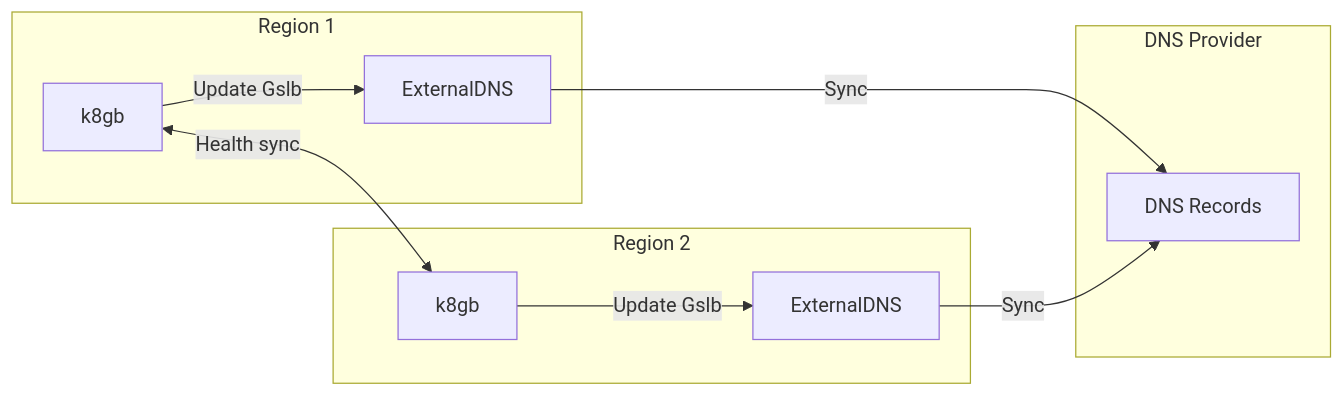
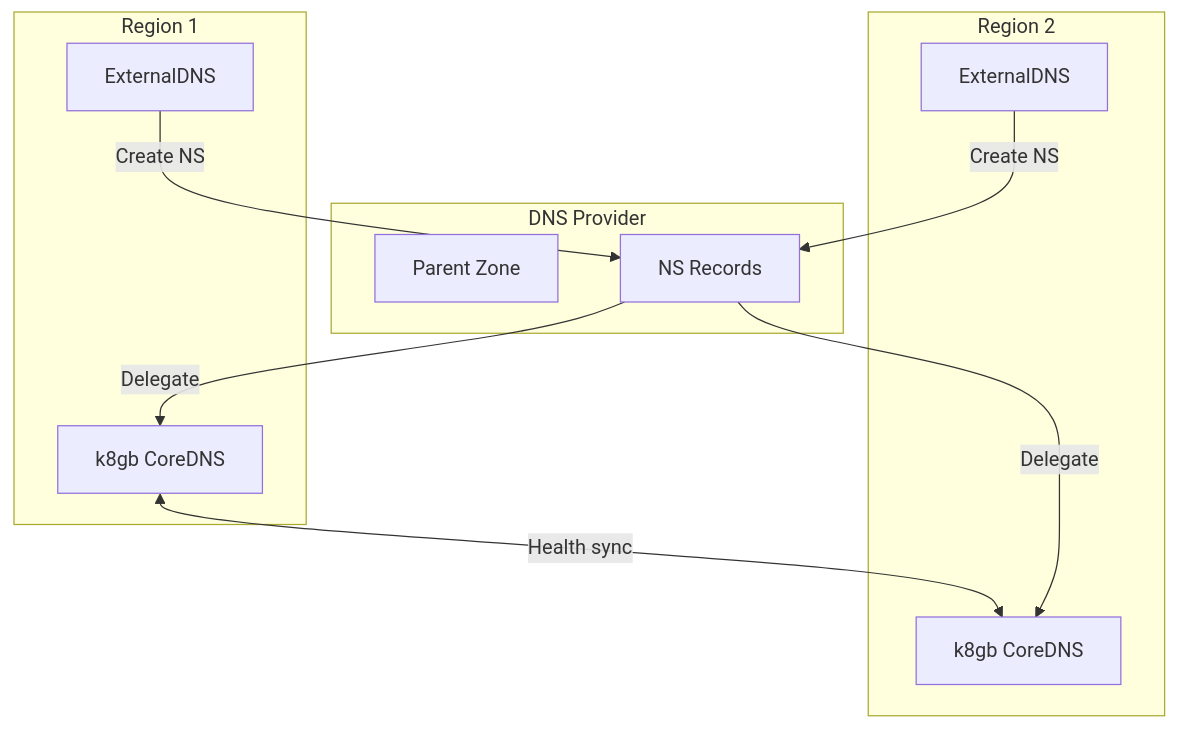
The second of 2 diagrams in docs/ADR-EXTERNAL-DNS.md (openova-io/external-dns), drawn with Mermaid before and after one commit. The commit also changed other lines of this file, not shown here.

First line of the commit message:
docs: update ExternalDNS for k8gb integration

````diff
--- a/docs/ADR-EXTERNAL-DNS.md
+++ b/docs/ADR-EXTERNAL-DNS.md
@@ -52,22 +67,23 @@
 ```mermaid
-flowchart LR
+flowchart TB
     subgraph Region1["Region 1"]
-        K8GB1[k8gb]
+        K8GB1[k8gb CoreDNS]
         EDNS1[ExternalDNS]
     end
 
     subgraph Region2["Region 2"]
-        K8GB2[k8gb]
+        K8GB2[k8gb CoreDNS]
         EDNS2[ExternalDNS]
     end
 
     subgraph DNS["DNS Provider"]
-        Records[DNS Records]
+        Parent[Parent Zone]
+        NS[NS Records]
     end
 
     K8GB1 <-->|"Health sync"| K8GB2
-    K8GB1 -->|"Update Gslb"| EDNS1
-    K8GB2 -->|"Update Gslb"| EDNS2
-    EDNS1 -->|"Sync"| Records
-    EDNS2 -->|"Sync"| Records
+    EDNS1 -->|"Create NS"| NS
+    EDNS2 -->|"Create NS"| NS
+    NS -->|"Delegate"| K8GB1
+    NS -->|"Delegate"| K8GB2
 ```
````
